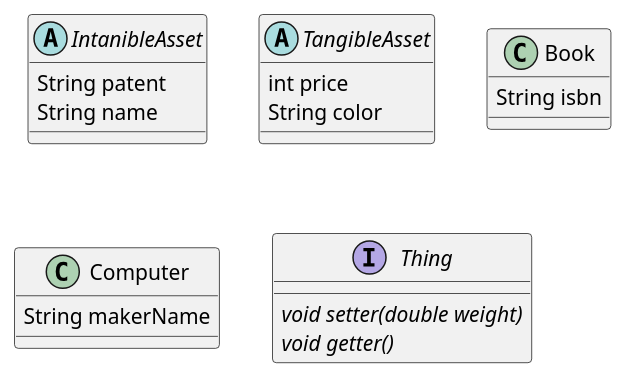
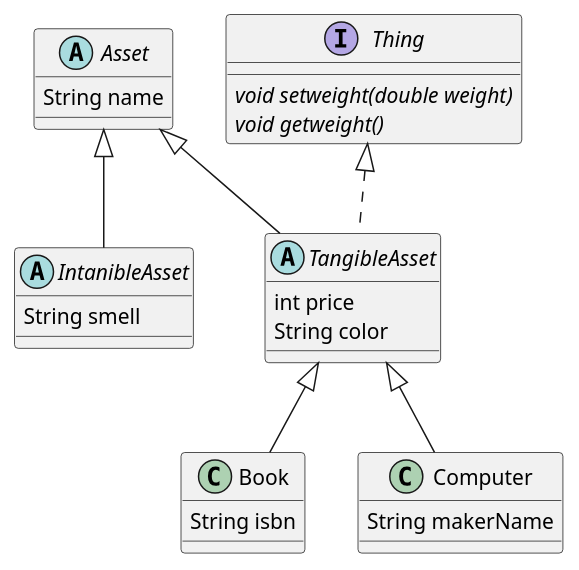
Before and after one commit to SurvivalCodingCampus/polytech_java_study: the diagram in src/main/java/com/survivalcoding/Asseting/Asset.puml, drawn with PlantUML. The commit also changed 1 other file, not shown here.

```diff
--- a/src/main/java/com/survivalcoding/Asseting/Asset.puml
+++ b/src/main/java/com/survivalcoding/Asseting/Asset.puml
@@ -1,29 +1,31 @@
 @startuml
 'https://plantuml.com/class-diagram
 
 scale 1
-
-abstract class IntanibleAsset{
-    String patent
+abstract class Asset {
     String name
 }
 
-abstract class TangibleAsset{
+abstract class IntanibleAsset extends Asset {
+    String smell
+}
+
+abstract class TangibleAsset extends Asset implements Thing {
     int price
     String color
 }
 
-class Book {
+class Book extends TangibleAsset{
     String isbn
 }
 
-class Computer {
+class Computer extends TangibleAsset{
     String makerName
 }
 
 interface Thing {
-     {abstract} void setter(double weight)
-     {abstract} void getter()
+     {abstract} void setweight(double weight)
+     {abstract} void getweight()
 }
 
 @enduml
```
